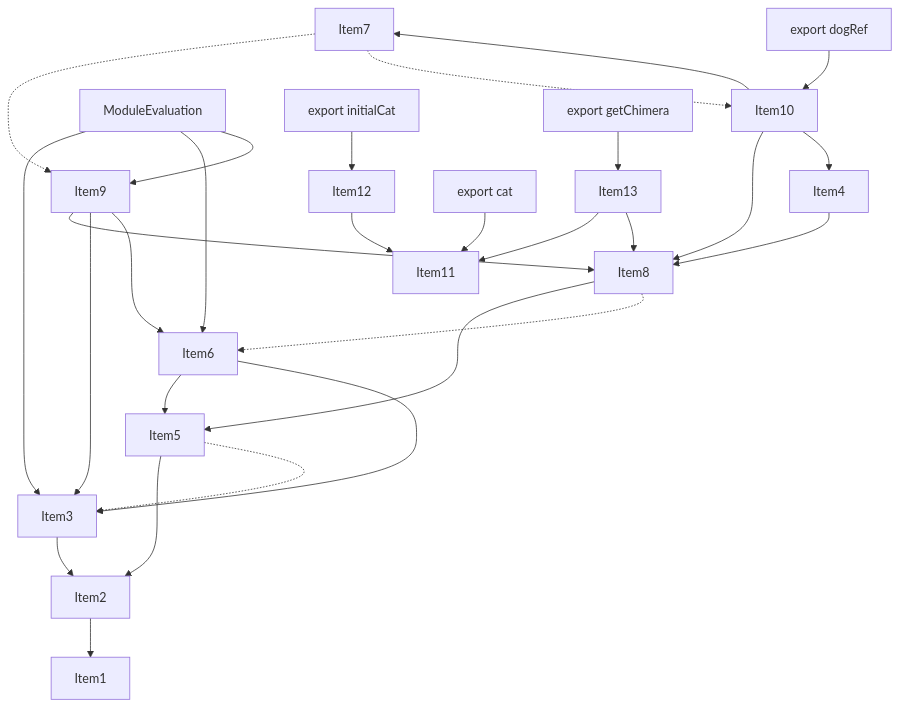
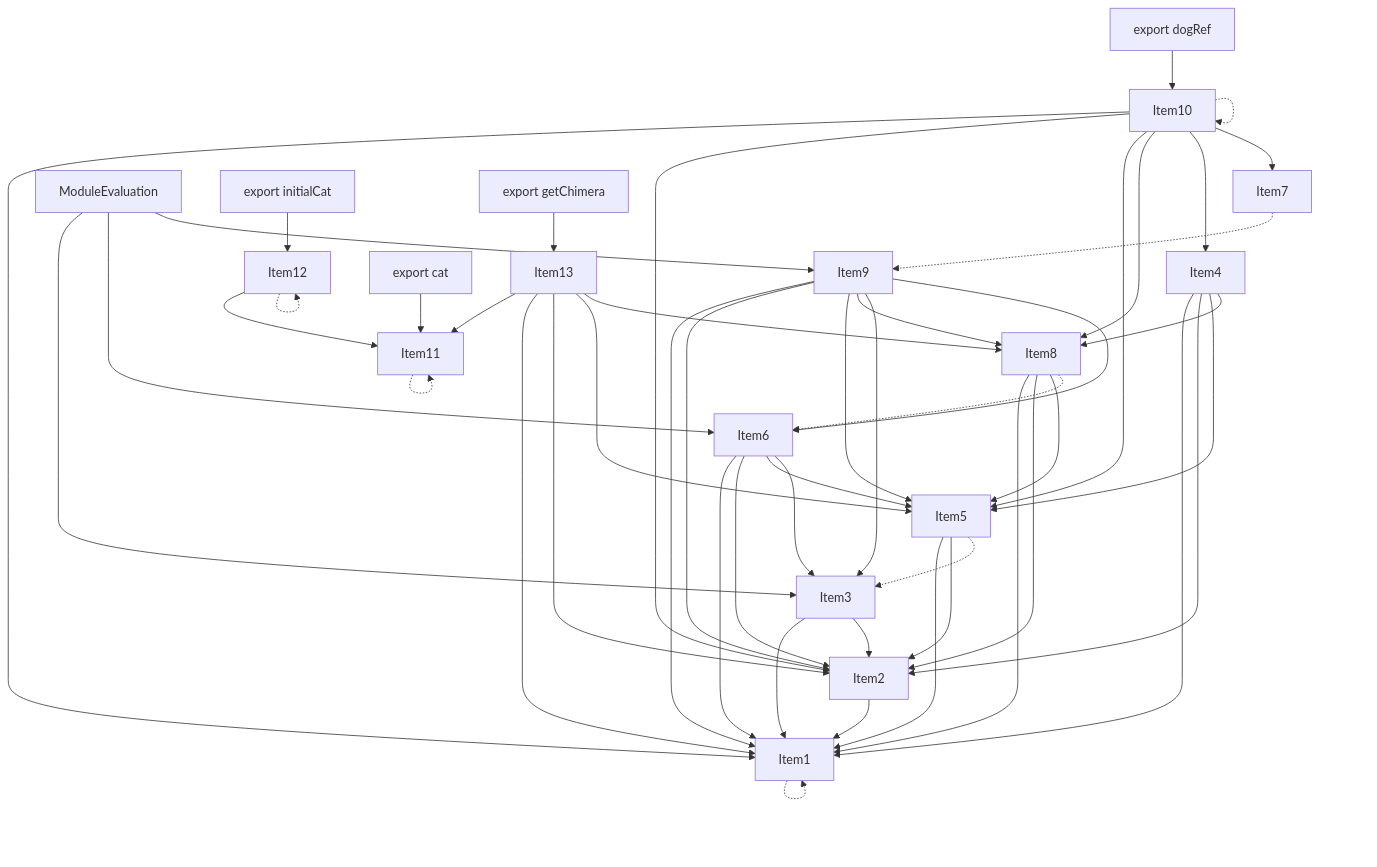
The fourth of 5 diagrams in crates/turbopack-ecmascript/tests/tree-shaker/analyzer/complex/output.md (vercel/turborepo), drawn with Mermaid before and after one commit. The commit also changed other lines of this file and 20 other files, not shown here.

````diff
--- a/crates/turbopack-ecmascript/tests/tree-shaker/analyzer/complex/output.md
+++ b/crates/turbopack-ecmascript/tests/tree-shaker/analyzer/complex/output.md
@@ -270,53 +307,74 @@
 ```mermaid
 graph TD
     Item1;
     Item2;
     Item3;
     Item4;
     Item5;
     Item6;
     Item7;
     Item8;
     Item9;
     Item10;
     Item11;
     Item12;
     Item13;
     Item14;
     Item14["ModuleEvaluation"];
     Item15;
     Item15["export dogRef"];
     Item16;
     Item16["export cat"];
     Item17;
     Item17["export initialCat"];
     Item18;
     Item18["export getChimera"];
+    Item1 -.-> Item1;
     Item2 --> Item1;
+    Item3 --> Item1;
     Item3 --> Item2;
+    Item5 --> Item1;
     Item5 --> Item2;
     Item5 -.-> Item3;
+    Item6 --> Item1;
+    Item6 --> Item2;
     Item6 --> Item5;
     Item6 --> Item3;
+    Item8 --> Item1;
+    Item8 --> Item2;
     Item8 --> Item5;
     Item8 -.-> Item6;
+    Item9 --> Item1;
+    Item9 --> Item2;
+    Item9 --> Item5;
     Item9 --> Item8;
     Item9 --> Item3;
     Item9 --> Item6;
+    Item10 --> Item1;
+    Item10 --> Item2;
+    Item10 --> Item5;
     Item10 --> Item8;
     Item10 --> Item4;
     Item10 --> Item7;
+    Item10 -.-> Item10;
+    Item11 -.-> Item11;
     Item12 --> Item11;
+    Item12 -.-> Item12;
+    Item4 --> Item1;
+    Item4 --> Item2;
+    Item4 --> Item5;
     Item4 --> Item8;
     Item7 -.-> Item9;
-    Item7 -.-> Item10;
     Item13 --> Item11;
+    Item13 --> Item1;
+    Item13 --> Item2;
+    Item13 --> Item5;
     Item13 --> Item8;
     Item14 --> Item3;
     Item14 --> Item6;
     Item14 --> Item9;
     Item15 --> Item10;
     Item16 --> Item11;
     Item17 --> Item12;
     Item18 --> Item13;
 ```
````
